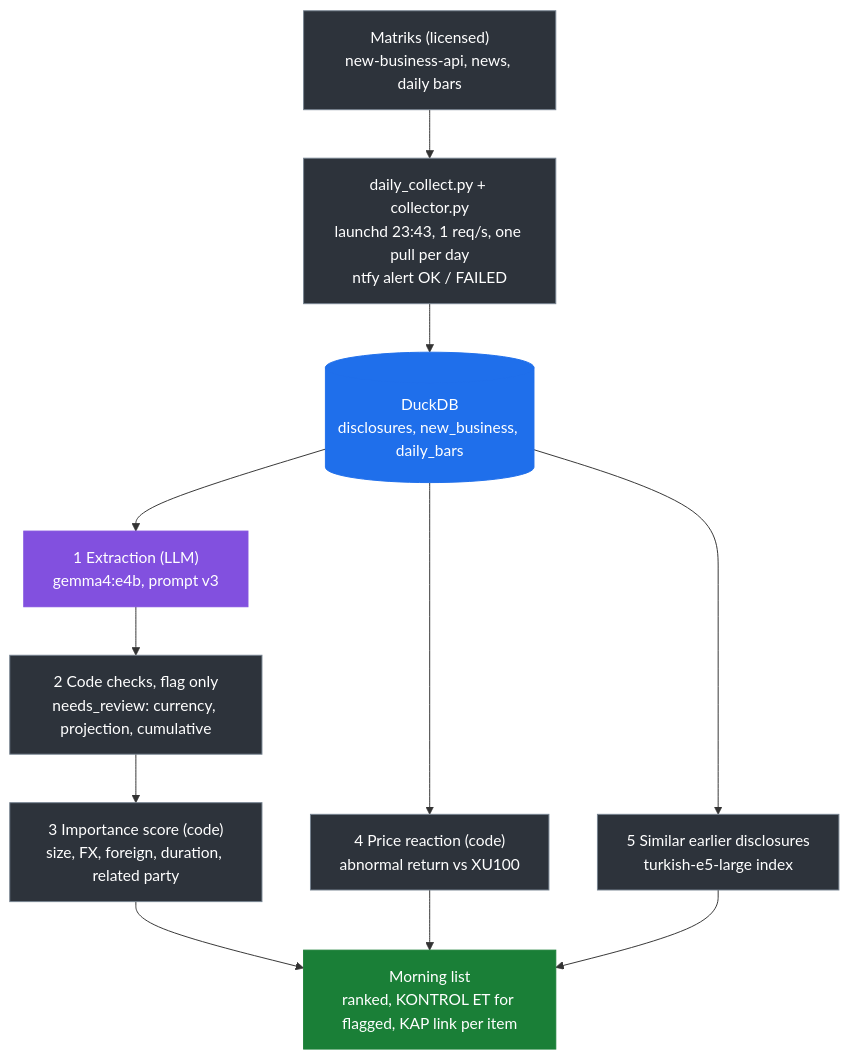
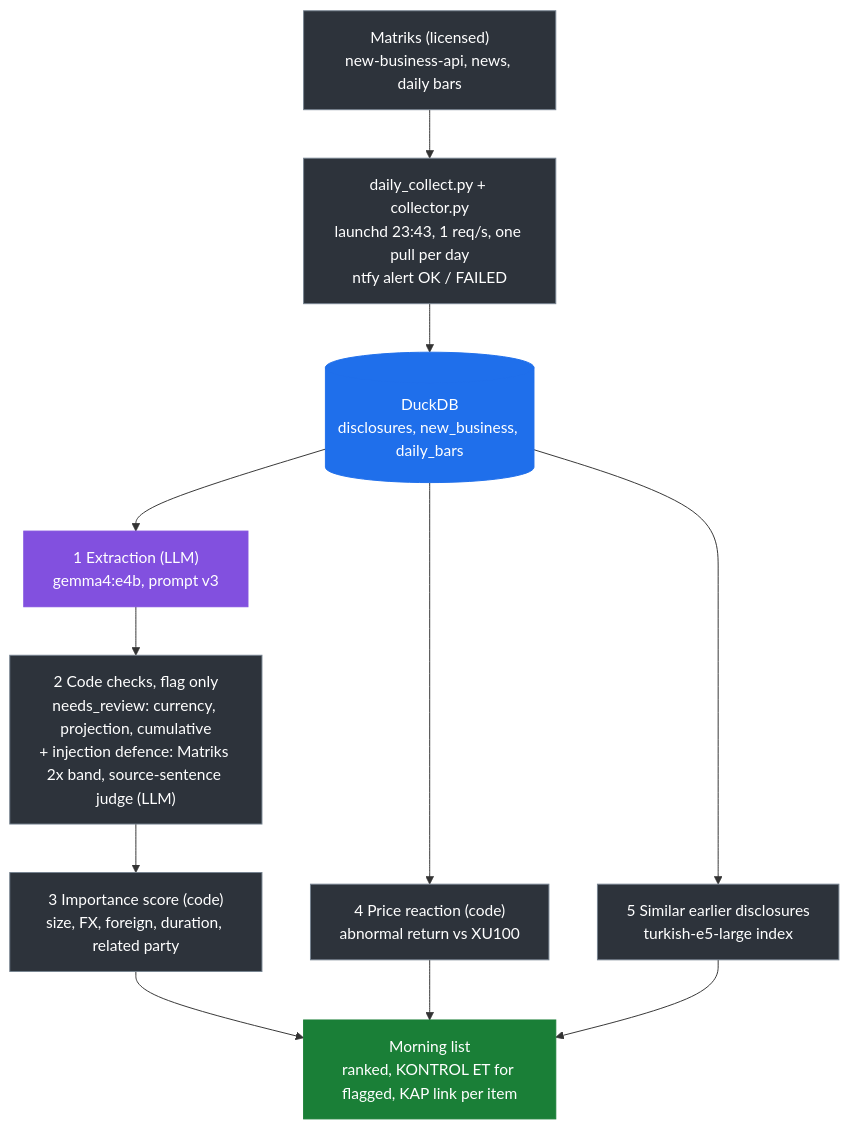
Before and after one commit to sfeyzayildiz/kap-triage: the first of 2 diagrams in docs/architecture.md, drawn with Mermaid. The commit also changed other lines of this file and 3 other files, not shown here.

Commit message:
Wire layered injection defence into pipeline and morning list

````diff
--- a/docs/architecture.md
+++ b/docs/architecture.md
@@ -9,24 +9,24 @@
 ```mermaid
 flowchart TD
     classDef store fill:#1f6feb,stroke:#1f6feb,color:#ffffff
     classDef llm fill:#8250df,stroke:#8250df,color:#ffffff
     classDef code fill:#2d333b,stroke:#768390,color:#ffffff
     classDef out fill:#1a7f37,stroke:#1a7f37,color:#ffffff
 
     SRC["Matriks (licensed)<br/>new-business-api, news, daily bars"]:::code
     COL["daily_collect.py + collector.py<br/>launchd 23:43, 1 req/s, one pull per day<br/>ntfy alert OK / FAILED"]:::code
     DB[("DuckDB<br/>disclosures, new_business, daily_bars")]:::store
 
     LLM["1 Extraction (LLM)<br/>gemma4:e4b, prompt v3"]:::llm
-    CHK["2 Code checks, flag only<br/>needs_review: currency, projection, cumulative"]:::code
+    CHK["2 Code checks, flag only<br/>needs_review: currency, projection, cumulative<br/>+ injection defence: Matriks 2x band, source-sentence judge (LLM)"]:::code
     IMP["3 Importance score (code)<br/>size, FX, foreign, duration, related party"]:::code
     PM["4 Price reaction (code)<br/>abnormal return vs XU100"]:::code
     IDX["5 Similar earlier disclosures<br/>turkish-e5-large index"]:::code
 
     MORN["Morning list<br/>ranked, KONTROL ET for flagged, KAP link per item"]:::out
 
     SRC --> COL --> DB
     DB --> LLM --> CHK --> IMP --> MORN
     DB --> PM --> MORN
     DB --> IDX --> MORN
 ```
````
